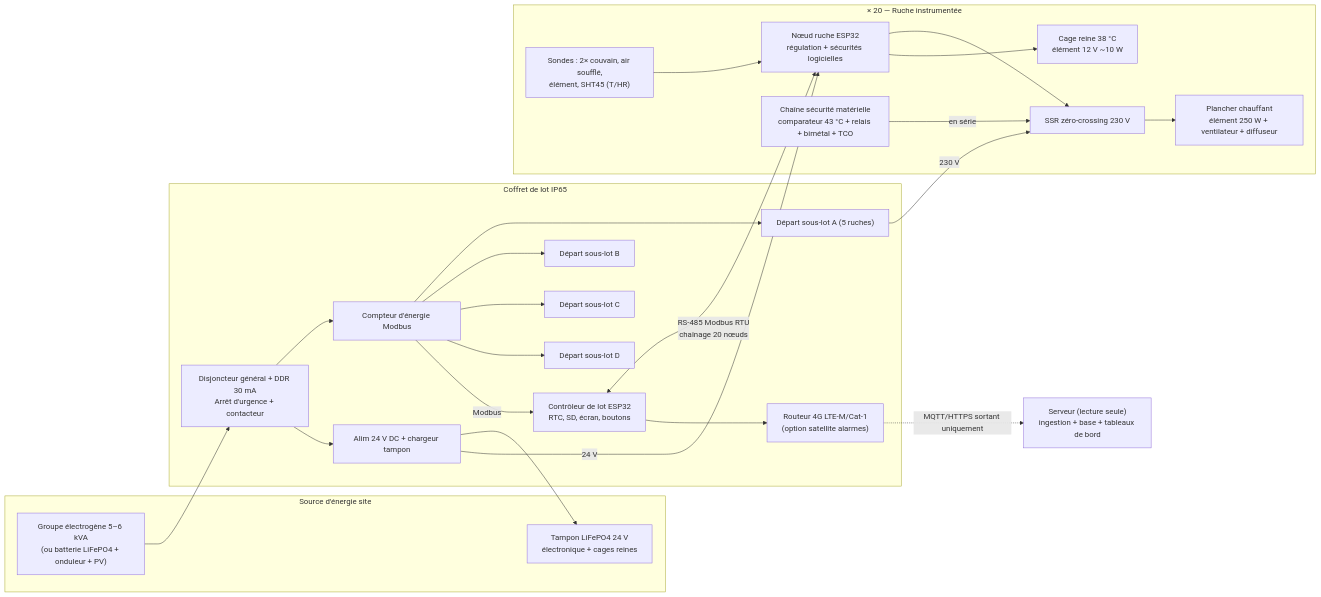
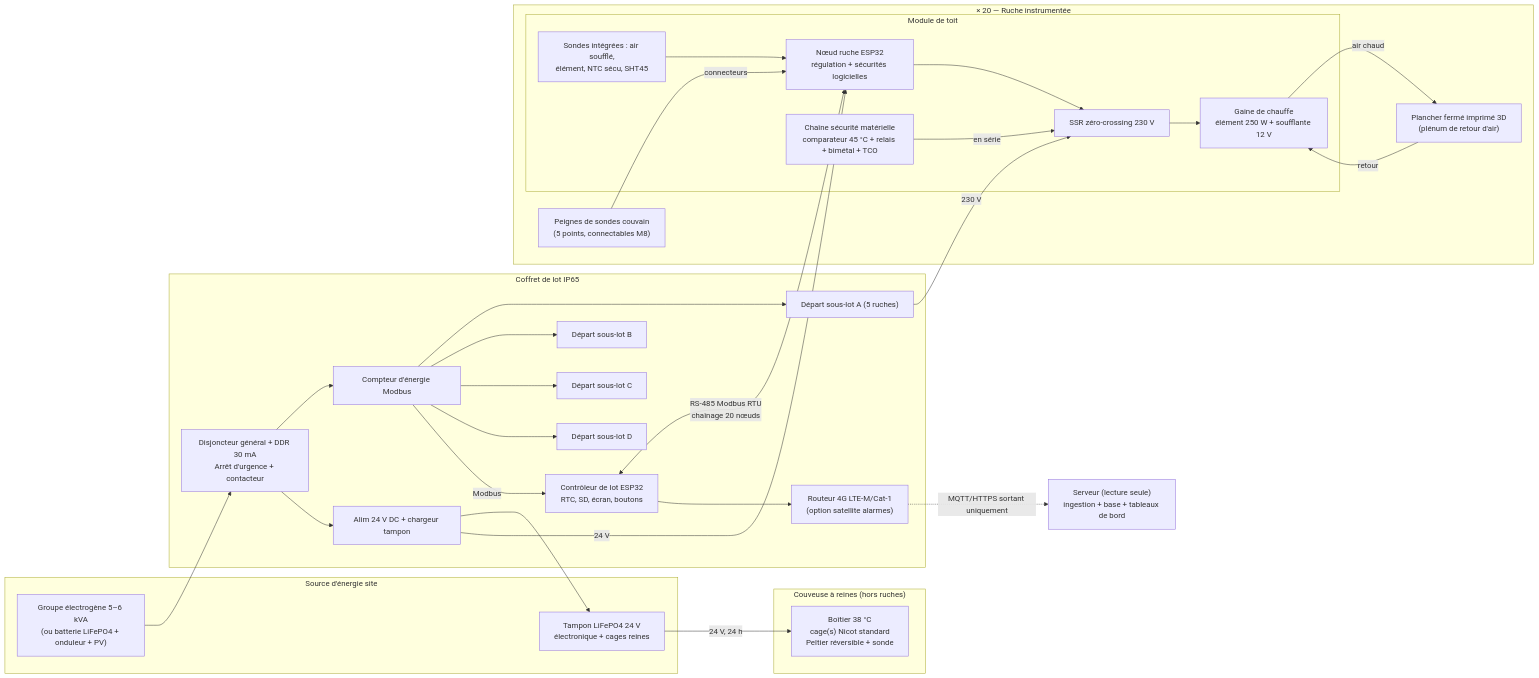
Before and after one commit to jbmarin-design/thermo-varroa: the first of 2 diagrams in docs/architecture.md, drawn with Mermaid. The commit also changed other lines of this file and 1 other file, not shown here.

First line of the commit message:
phase 0: révision 2 — module de toit, peignes de sondes, couveuse à reines

````diff
--- a/docs/architecture.md
+++ b/docs/architecture.md
@@ -22,43 +44,53 @@
 ```mermaid
 flowchart LR
     subgraph ENERGIE["Source d'énergie site"]
         GE["Groupe électrogène 5–6 kVA<br/>(ou batterie LiFePO4 + onduleur + PV)"]
         TAMPON["Tampon LiFePO4 24 V<br/>électronique + cages reines"]
     end
 
     subgraph COFFRET["Coffret de lot IP65"]
         PROT["Disjoncteur général + DDR 30 mA<br/>Arrêt d'urgence + contacteur"]
         CPT["Compteur d'énergie Modbus"]
         D1["Départ sous-lot A (5 ruches)"]
         D2["Départ sous-lot B"]
         D3["Départ sous-lot C"]
         D4["Départ sous-lot D"]
         ALIM24["Alim 24 V DC + chargeur tampon"]
         CTRL["Contrôleur de lot ESP32<br/>RTC, SD, écran, boutons"]
         ROUTEUR["Routeur 4G LTE-M/Cat-1<br/>(option satellite alarmes)"]
     end
 
     subgraph RUCHE["× 20 — Ruche instrumentée"]
-        NOEUD["Nœud ruche ESP32<br/>régulation + sécurités logicielles"]
-        SECU["Chaîne sécurité matérielle<br/>comparateur 43 °C + relais + bimétal + TCO"]
-        SSR["SSR zéro-crossing 230 V"]
-        PLANCHER["Plancher chauffant<br/>élément 250 W + ventilateur + diffuseur"]
-        SONDES["Sondes : 2× couvain, air soufflé,<br/>élément, SHT45 (T/HR)"]
-        CAGE["Cage reine 38 °C<br/>élément 12 V ~10 W"]
+        subgraph TOIT["Module de toit"]
+            NOEUD["Nœud ruche ESP32<br/>régulation + sécurités logicielles"]
+            SECU["Chaîne sécurité matérielle<br/>comparateur 45 °C + relais + bimétal + TCO"]
+            SSR["SSR zéro-crossing 230 V"]
+            CHAUFFE["Gaine de chauffe<br/>élément 250 W + soufflante 12 V"]
+            STOIT["Sondes intégrées : air soufflé,<br/>élément, NTC sécu, SHT45"]
+        end
+        PEIGNES["Peignes de sondes couvain<br/>(5 points, connectables M8)"]
+        PLENUM["Plancher fermé imprimé 3D<br/>(plénum de retour d'air)"]
+    end
+
+    subgraph REINES["Couveuse à reines (hors ruches)"]
+        CAGE["Boîtier 38 °C<br/>cage(s) Nicot standard<br/>Peltier réversible + sonde"]
     end
 
     SERVEUR["Serveur (lecture seule)<br/>ingestion + base + tableaux de bord"]
 
     GE --> PROT --> CPT --> D1 & D2 & D3 & D4
     PROT --> ALIM24 --> TAMPON
     D1 -->|230 V| SSR
     SECU -->|en série| SSR
-    SSR --> PLANCHER
+    SSR --> CHAUFFE
+    CHAUFFE -->|air chaud| PLENUM
+    PLENUM -->|retour| CHAUFFE
     ALIM24 -->|24 V| NOEUD
+    TAMPON -->|24 V, 24 h| CAGE
     NOEUD --> SSR
-    NOEUD --> CAGE
-    SONDES --> NOEUD
+    STOIT --> NOEUD
+    PEIGNES -->|connecteurs| NOEUD
     CTRL <-->|RS-485 Modbus RTU<br/>chaînage 20 nœuds| NOEUD
     CTRL --> ROUTEUR -.->|MQTT/HTTPS sortant uniquement| SERVEUR
     CPT -->|Modbus| CTRL
 ```
````
